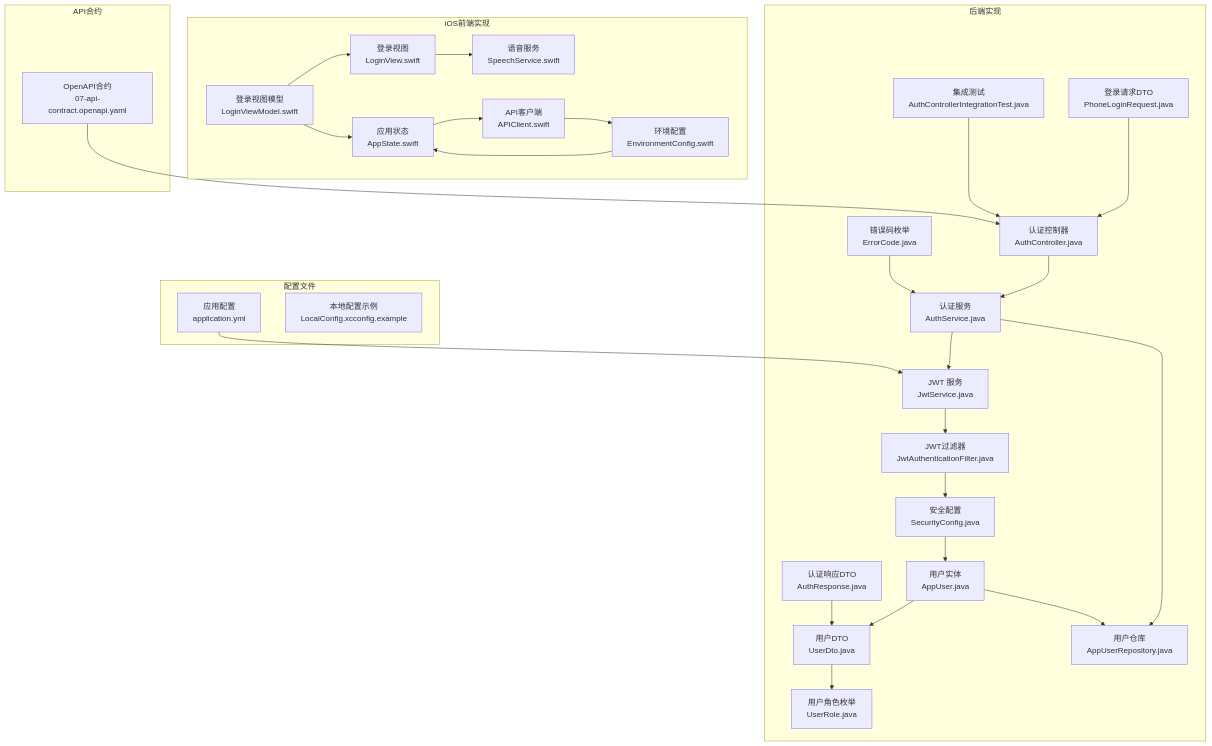
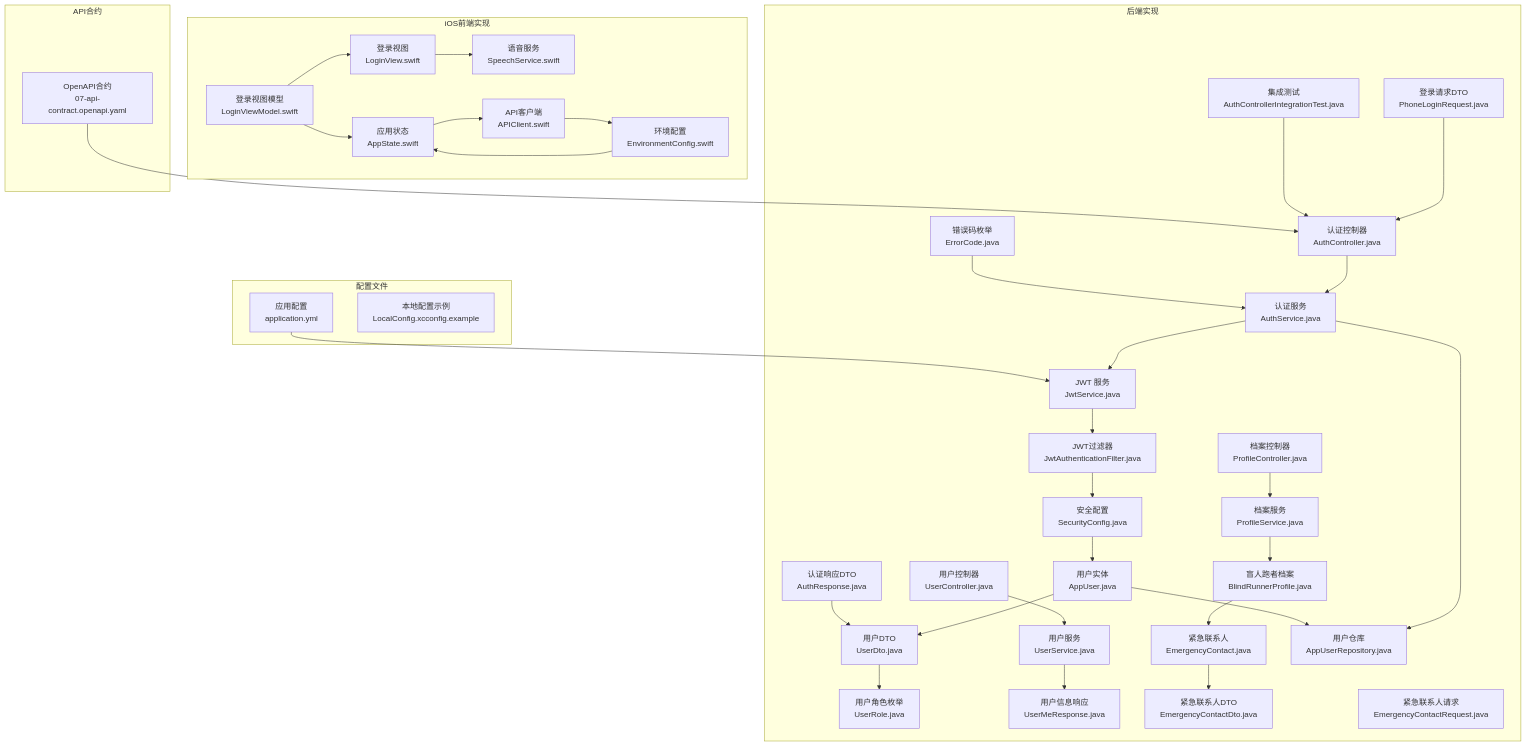
One commit to Jayden23018/blind-run-ios changed the first of 16 diagrams in .qoder/repowiki/zh/content/核心功能模块/认证系统.md. Above: the diagram before and after it, drawn with Mermaid. The commit also changed other lines of this file and 22 other files, not shown here.

````diff
--- a/.qoder/repowiki/zh/content/核心功能模块/认证系统.md
+++ b/.qoder/repowiki/zh/content/核心功能模块/认证系统.md
@@ -71,54 +84,69 @@
 ```mermaid
 graph TB
 subgraph "后端实现"
 AuthController["认证控制器<br/>AuthController.java"]
 AuthService["认证服务<br/>AuthService.java"]
 JwtService["JWT 服务<br/>JwtService.java"]
 JwtFilter["JWT过滤器<br/>JwtAuthenticationFilter.java"]
 SecurityConfig["安全配置<br/>SecurityConfig.java"]
 AppUser["用户实体<br/>AppUser.java"]
 UserDto["用户DTO<br/>UserDto.java"]
 UserRole["用户角色枚举<br/>UserRole.java"]
 PhoneLoginRequest["登录请求DTO<br/>PhoneLoginRequest.java"]
 AuthResponse["认证响应DTO<br/>AuthResponse.java"]
+UserController["用户控制器<br/>UserController.java"]
+UserService["用户服务<br/>UserService.java"]
+UserMeResponse["用户信息响应<br/>UserMeResponse.java"]
+ProfileController["档案控制器<br/>ProfileController.java"]
+ProfileService["档案服务<br/>ProfileService.java"]
+BlindRunnerProfile["盲人跑者档案<br/>BlindRunnerProfile.java"]
+EmergencyContact["紧急联系人<br/>EmergencyContact.java"]
+EmergencyContactDto["紧急联系人DTO<br/>EmergencyContactDto.java"]
+EmergencyContactRequest["紧急联系人请求<br/>EmergencyContactRequest.java"]
 ErrorCode["错误码枚举<br/>ErrorCode.java"]
 AppUserRepo["用户仓库<br/>AppUserRepository.java"]
 IntegrationTest["集成测试<br/>AuthControllerIntegrationTest.java"]
 end
 subgraph "iOS前端实现"
 LoginViewModel["登录视图模型<br/>LoginViewModel.swift"]
 LoginView["登录视图<br/>LoginView.swift"]
 SpeechService["语音服务<br/>SpeechService.swift"]
 AppState["应用状态<br/>AppState.swift"]
 APIClient["API客户端<br/>APIClient.swift"]
 EnvironmentConfig["环境配置<br/>EnvironmentConfig.swift"]
 end
 subgraph "配置文件"
 ApplicationYml["应用配置<br/>application.yml"]
 LocalConfig["本地配置示例<br/>LocalConfig.xcconfig.example"]
 end
 subgraph "API合约"
 OpenAPI["OpenAPI合约<br/>07-api-contract.openapi.yaml"]
 end
 AuthController --> AuthService
 AuthService --> JwtService
 AuthService --> AppUserRepo
 JwtService --> JwtFilter
 JwtFilter --> SecurityConfig
 SecurityConfig --> AppUser
 AppUser --> AppUserRepo
 AppUser --> UserDto
 UserDto --> UserRole
 PhoneLoginRequest --> AuthController
 AuthResponse --> UserDto
+UserController --> UserService
+UserService --> UserMeResponse
+ProfileController --> ProfileService
+ProfileService --> BlindRunnerProfile
+BlindRunnerProfile --> EmergencyContact
+EmergencyContact --> EmergencyContactDto
 ErrorCode --> AuthService
 IntegrationTest --> AuthController
 OpenAPI --> AuthController
 ApplicationYml --> JwtService
 LoginViewModel --> LoginView
 LoginView --> SpeechService
 LoginViewModel --> AppState
 AppState --> APIClient
 APIClient --> EnvironmentConfig
 EnvironmentConfig --> AppState
 ```
````
